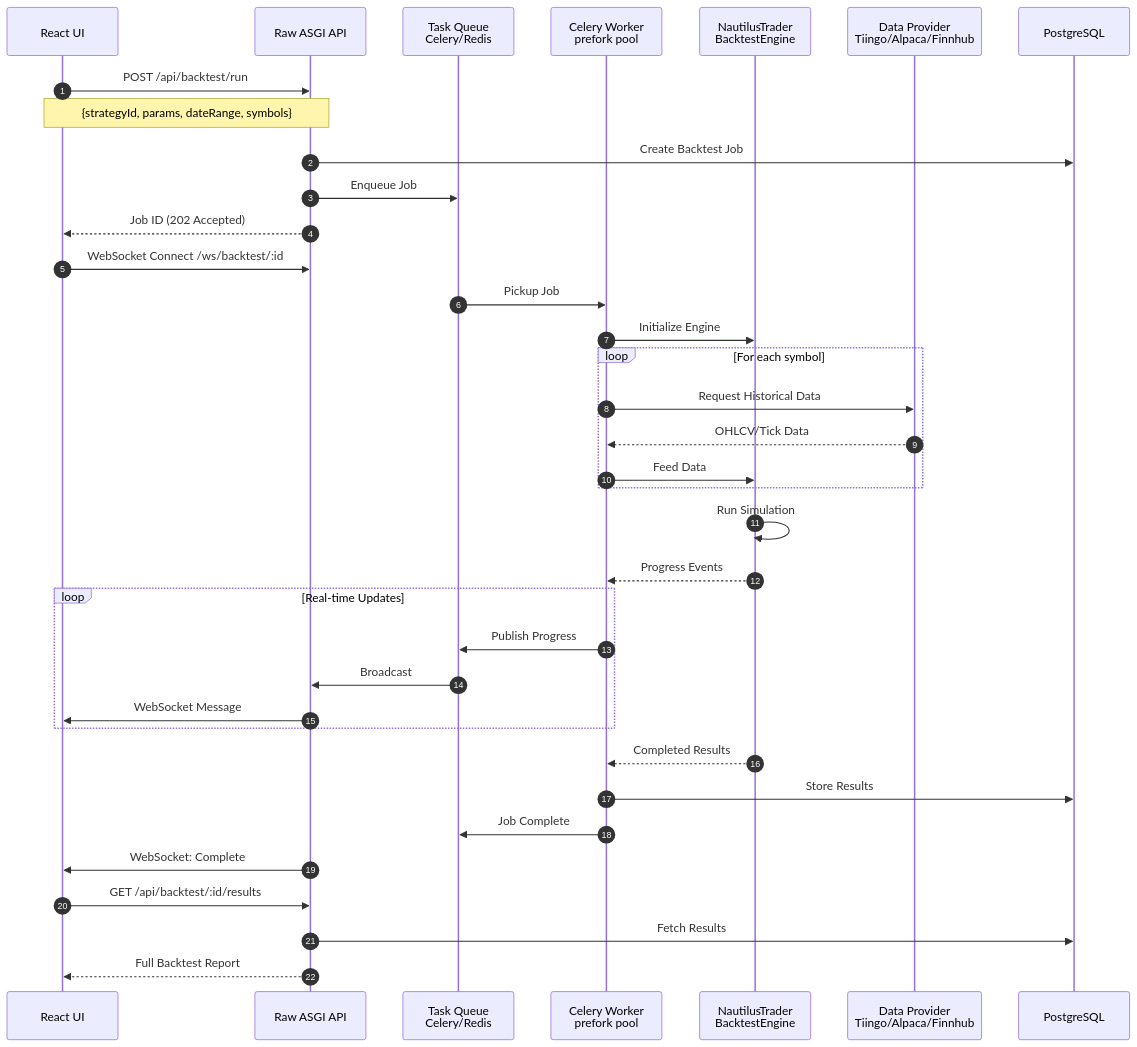
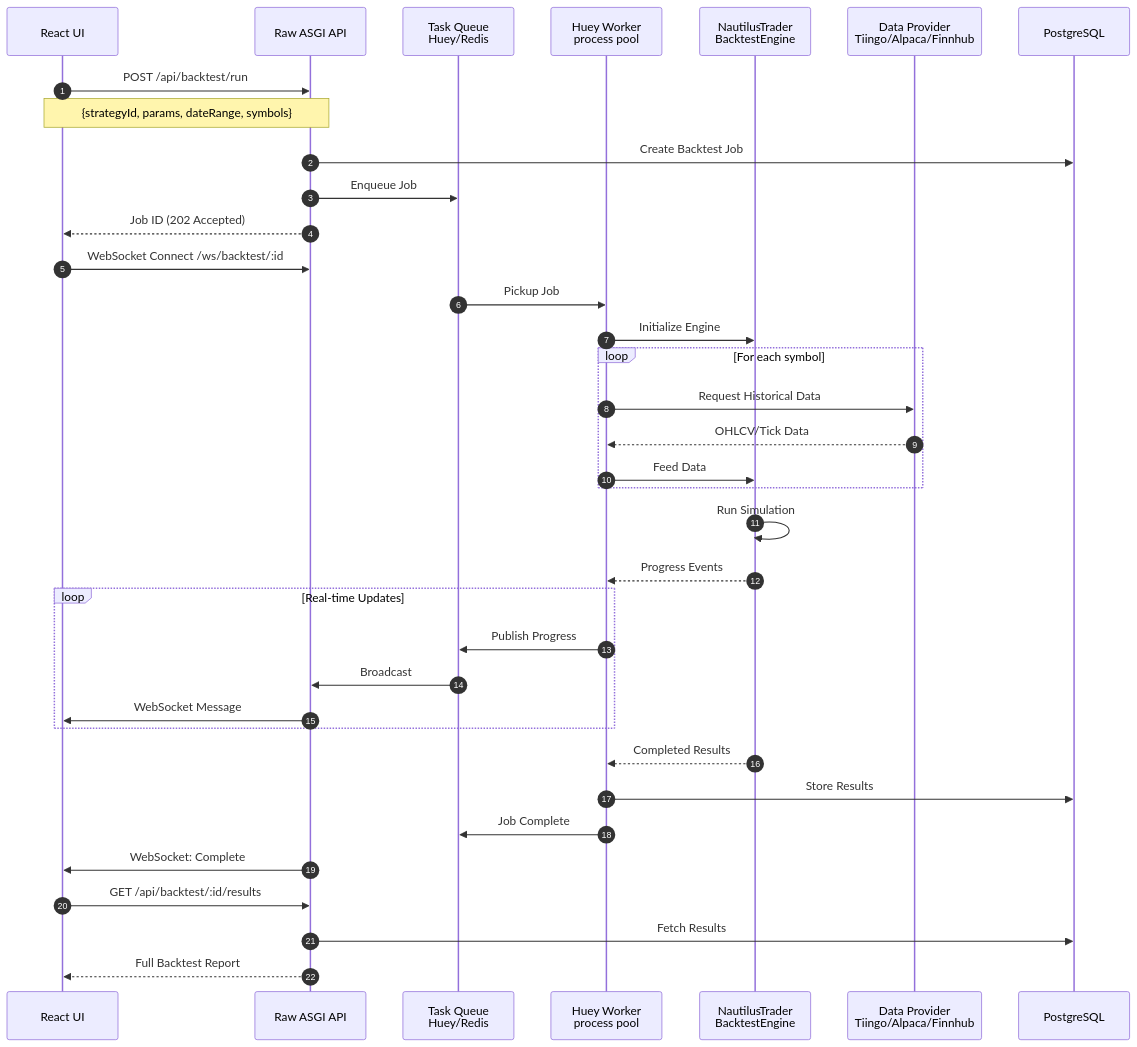
One commit to huydhoang/quantlens-docs changed the fourth of 9 diagrams in ARCHITECTURE.md. Above: the diagram before and after it, drawn with Mermaid. The commit also changed other lines of this file and 2 other files, not shown here.

Commit message:
Add clarifying Q&A, remove Faust/Rocketry from tables, fix Celery→Huey in ARCHITECTURE.md and core_engine.md

````diff
--- a/ARCHITECTURE.md
+++ b/ARCHITECTURE.md
@@ -135,47 +135,47 @@
 ```mermaid
 sequenceDiagram
     autonumber
     participant UI as React UI
     participant API as Raw ASGI API
-    participant Queue as Task Queue<br/>Celery/Redis
-    participant Worker as Celery Worker<br/>prefork pool
+    participant Queue as Task Queue<br/>Huey/Redis
+    participant Worker as Huey Worker<br/>process pool
     participant Nautilus as NautilusTrader<br/>BacktestEngine
     participant Data as Data Provider<br/>Tiingo/Alpaca/Finnhub
     participant DB as PostgreSQL
     
     UI->>API: POST /api/backtest/run
     Note over UI,API: {strategyId, params, dateRange, symbols}
     
     API->>DB: Create Backtest Job
     API->>Queue: Enqueue Job
     API-->>UI: Job ID (202 Accepted)
     
     UI->>API: WebSocket Connect /ws/backtest/:id
     
     Queue->>Worker: Pickup Job
     Worker->>Nautilus: Initialize Engine
     
     loop For each symbol
         Worker->>Data: Request Historical Data
         Data-->>Worker: OHLCV/Tick Data
         Worker->>Nautilus: Feed Data
     end
     
     Nautilus->>Nautilus: Run Simulation
     Nautilus-->>Worker: Progress Events
     
     loop Real-time Updates
         Worker->>Queue: Publish Progress
         Queue->>API: Broadcast
         API->>UI: WebSocket Message
     end
     
     Nautilus-->>Worker: Completed Results
     Worker->>DB: Store Results
     Worker->>Queue: Job Complete
     
     API->>UI: WebSocket: Complete
     UI->>API: GET /api/backtest/:id/results
     API->>DB: Fetch Results
     API-->>UI: Full Backtest Report
 ```
````
